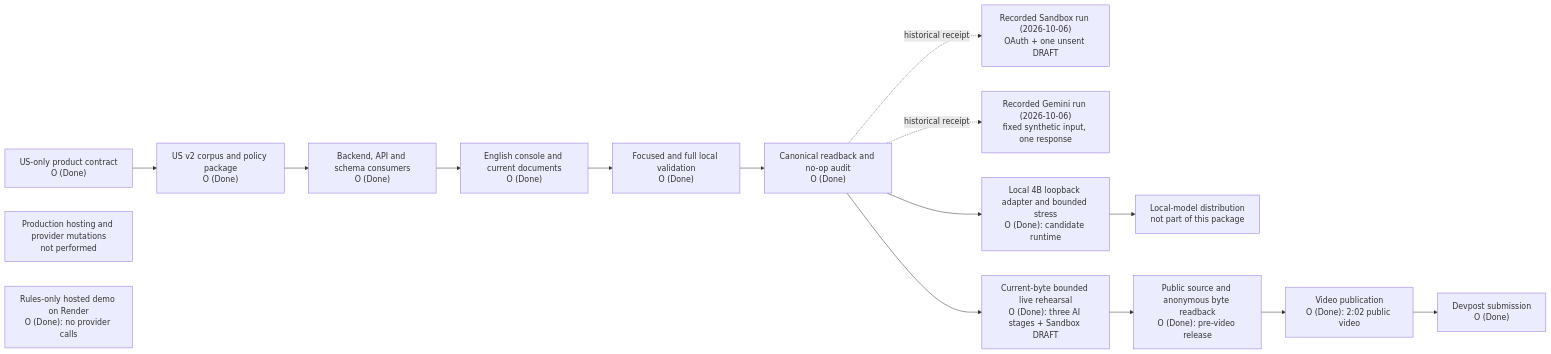
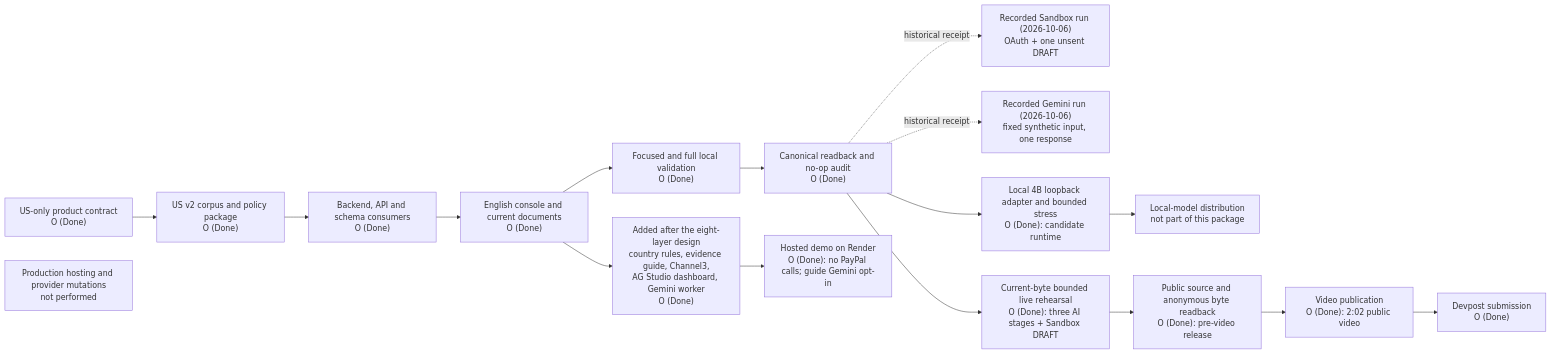
Before and after one commit to jiarong0423/payguard-ai: the first of 3 diagrams in docs/decisions/2026Q4/architecture.md, drawn with Mermaid. The commit also changed other lines of this file and 99 other files, not shown here.

Commit message:
Public release 2026-11-05: two real Sandbox evidence sends with masked receipts, Proof page, diagrams (PNG, SVG, Mermaid), unmasked-id guard, wording

````diff
--- a/docs/decisions/2026Q4/architecture.md
+++ b/docs/decisions/2026Q4/architecture.md
@@ -24,18 +24,20 @@
 ```mermaid
 flowchart LR
   A["US-only product contract<br/>O (Done)"] --> B["US v2 corpus and policy package<br/>O (Done)"]
   B --> C["Backend, API and schema consumers<br/>O (Done)"]
   C --> D["English console and current documents<br/>O (Done)"]
   D --> E["Focused and full local validation<br/>O (Done)"]
   E --> F["Canonical readback and no-op audit<br/>O (Done)"]
   F -. historical receipt .-> G["Recorded Sandbox run (2026-10-06)<br/>OAuth + one unsent DRAFT"]
   F -. historical receipt .-> H["Recorded Gemini run (2026-10-06)<br/>fixed synthetic input, one response"]
   F --> K["Local 4B loopback adapter and bounded stress<br/>O (Done): candidate runtime"]
   K --> L["Local-model distribution<br/>not part of this package"]
   F --> N["Current-byte bounded live rehearsal<br/>O (Done): three AI stages + Sandbox DRAFT"]
   N --> I["Public source and anonymous byte readback<br/>O (Done): pre-video release"]
   I --> M["Video publication<br/>O (Done): 2:02 public video"]
   M --> P["Devpost submission<br/>O (Done)"]
   J["Production hosting and provider mutations<br/>not performed"]
-  Q["Rules-only hosted demo on Render<br/>O (Done): no provider calls"]
+  Q["Hosted demo on Render<br/>O (Done): no PayPal calls; guide Gemini opt-in"]
+  D --> R["Added after the eight-layer design<br/>country rules, evidence guide, Channel3,<br/>AG Studio dashboard, Gemini worker<br/>O (Done)"]
+  R --> Q
 ```
````
